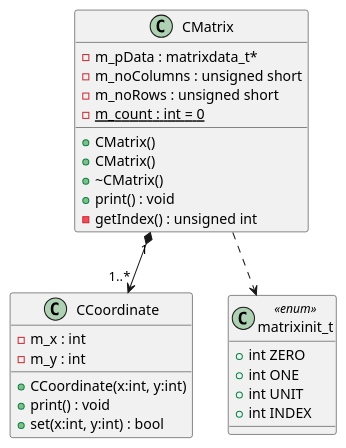
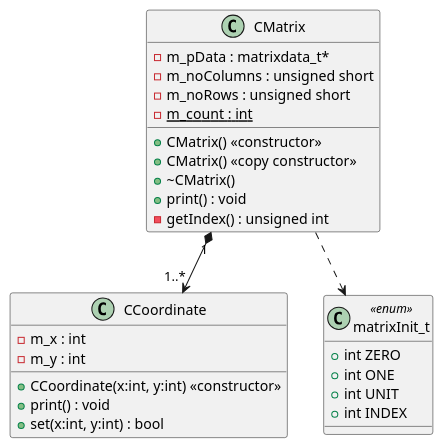
One commit to Alexander-Wilms/Advanced-Programming-Techniques changed diagram 21 of 42 in UML diagrams.md. Above: the diagram before and after it, drawn with PlantUML. The commit also changed other lines of this file and 35 other files, not shown here.

Commit message:
Further work on 'UML diagrams.md'

````diff
--- a/UML diagrams.md
+++ b/UML diagrams.md
@@ -1064,34 +1087,34 @@
 ```plantuml
 @startuml
 class CCoordinate {
 	- m_x : int
 	- m_y : int
 
-	+ CCoordinate(x:int, y:int)
+	+ CCoordinate(x:int, y:int) <<constructor>>
 	+ print() : void
 	+ set(x:int, y:int) : bool
 }
-class matrixinit_t << enum >> {
+class matrixInit_t << enum >> {
  	+ int ZERO
  	+ int ONE
  	+ int UNIT
  	+ int INDEX
 }
 class CMatrix {
  	- m_pData : matrixdata_t* 
  	- m_noColumns : unsigned short
  	- m_noRows : unsigned short
-	- {static} m_count : int = 0
+	- {static} m_count : int
 
- 	+ CMatrix()
-	+ CMatrix()
+ 	+ CMatrix() <<constructor>>
+	+ CMatrix() <<copy constructor>>
  	+ ~CMatrix()
  	+ print() : void
  	- getIndex() : unsigned int
 }
 
 CMatrix "1"*-->"1..*" CCoordinate
-CMatrix ..> matrixinit_t
+CMatrix ..> matrixInit_t
 
 @enduml
 ```
````
